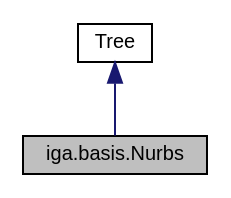
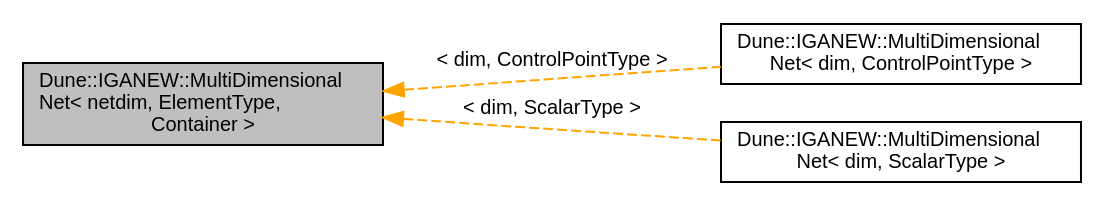
The diagram in dd/d8d/a01667.dot (rath3t/dune-iga-doc), drawn with Graphviz before and after one commit. The commit also changed 699 other files, not shown here.

Commit message:
deploy: rath3t/dune-iga@4b980c71d5b317ef28f922b11c1f248610259b4a

```diff
--- a/dd/d8d/a01667.dot
+++ b/dd/d8d/a01667.dot
@@ -1,9 +1,12 @@
-digraph "iga.basis.Nurbs"
+digraph "Dune::IGANEW::MultiDimensionalNet&lt; netdim, ElementType, Container &gt;"
 {
  // LATEX_PDF_SIZE
   edge [fontname="Helvetica",fontsize="10",labelfontname="Helvetica",labelfontsize="10"];
   node [fontname="Helvetica",fontsize="10",shape=record];
-  Node1 [label="iga.basis.Nurbs",height=0.2,width=0.4,color="black", fillcolor="grey75", style="filled", fontcolor="black",tooltip=" "];
-  Node2 -> Node1 [dir="back",color="midnightblue",fontsize="10",style="solid",fontname="Helvetica"];
-  Node2 [label="Tree",height=0.2,width=0.4,color="black", fillcolor="white", style="filled",tooltip=" "];
+  rankdir="LR";
+  Node1 [label="Dune::IGANEW::MultiDimensional\lNet\< netdim, ElementType,\l Container \>",height=0.2,width=0.4,color="black", fillcolor="grey75", style="filled", fontcolor="black",tooltip="This is a condensed version of the proposal https://www.open-std.org/jtc1/sc22/wg21/docs/papers/2022/..."];
+  Node1 -> Node2 [dir="back",color="orange",fontsize="10",style="dashed",label=" \< dim, ControlPointType \>" ,fontname="Helvetica"];
+  Node2 [label="Dune::IGANEW::MultiDimensional\lNet\< dim, ControlPointType \>",height=0.2,width=0.4,color="black", fillcolor="white", style="filled",URL="$d7/d47/a01668.html",tooltip=" "];
+  Node1 -> Node3 [dir="back",color="orange",fontsize="10",style="dashed",label=" \< dim, ScalarType \>" ,fontname="Helvetica"];
+  Node3 [label="Dune::IGANEW::MultiDimensional\lNet\< dim, ScalarType \>",height=0.2,width=0.4,color="black", fillcolor="white", style="filled",URL="$d7/d47/a01668.html",tooltip=" "];
 }
```
